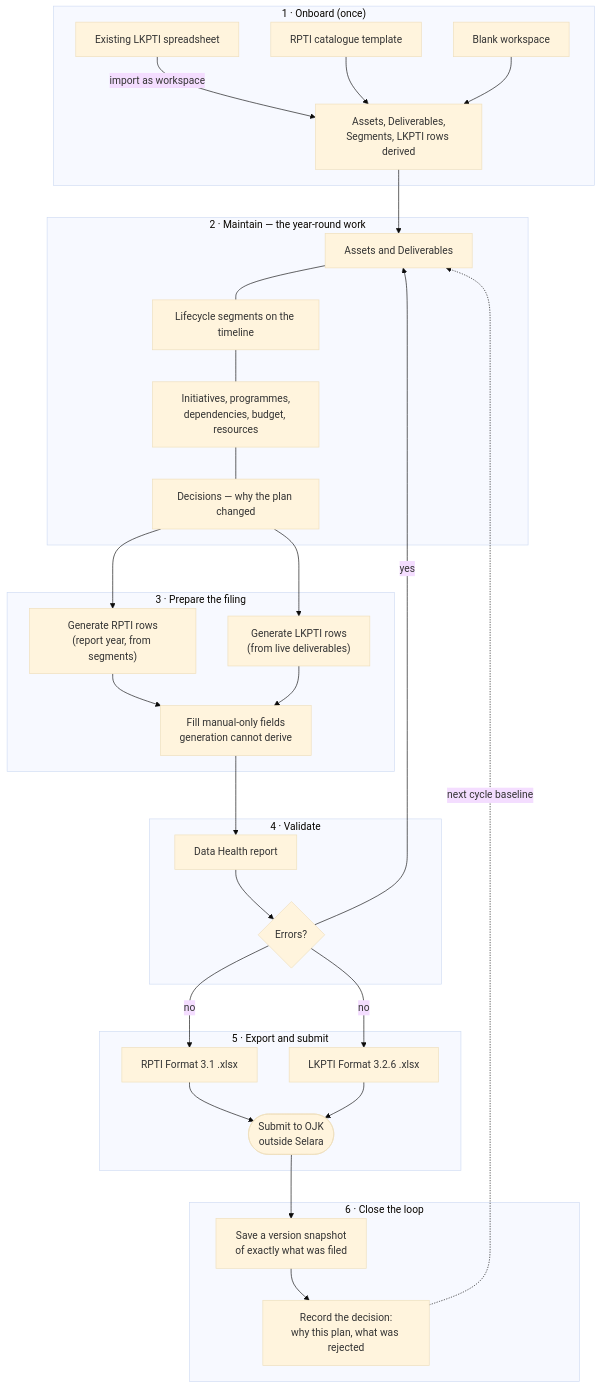
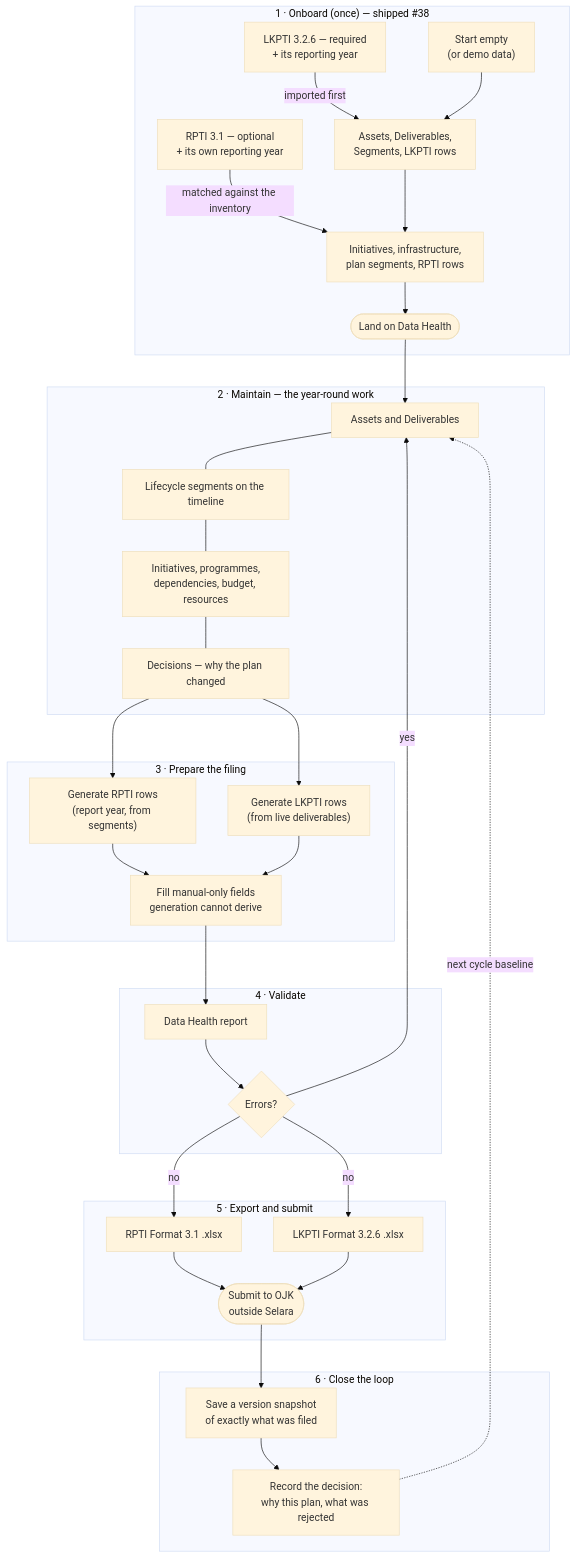
The first of 2 diagrams in requirement-specs/it-planning-flow.md (nofanto/Selara), drawn with Mermaid (base theme) before and after one commit. The commit also changed other lines of this file, not shown here.

First line of the commit message:
docs: reconcile the IT planning flow notes with the code that shipped (#46)

````diff
--- a/requirement-specs/it-planning-flow.md
+++ b/requirement-specs/it-planning-flow.md
@@ -30,54 +35,56 @@
 ```mermaid
 flowchart TD
-    subgraph ONBOARD["1 · Onboard (once)"]
-        A1[Existing LKPTI spreadsheet] -->|import as workspace| A2[Assets, Deliverables,<br/>Segments, LKPTI rows derived]
-        A3[RPTI catalogue template] --> A2
-        A4[Blank workspace] --> A2
+    subgraph ONBOARD["1 · Onboard (once) — shipped #38"]
+        A1["LKPTI 3.2.6 — required<br/>+ its reporting year"] -->|imported first| A2["Assets, Deliverables,<br/>Segments, LKPTI rows"]
+        A5["RPTI 3.1 — optional<br/>+ its own reporting year"] -->|matched against the inventory| A6["Initiatives, infrastructure,<br/>plan segments, RPTI rows"]
+        A2 --> A6
+        A4["Start empty<br/>(or demo data)"] --> A2
+        A6 --> A7([Land on Data Health])
     end
 
     subgraph MAINTAIN["2 · Maintain — the year-round work"]
         B1[Assets and Deliverables]
         B2[Lifecycle segments on the timeline]
         B3[Initiatives, programmes,<br/>dependencies, budget, resources]
         B4[Decisions — why the plan changed]
         B1 --- B2 --- B3 --- B4
     end
 
     subgraph PREPARE["3 · Prepare the filing"]
         C1["Generate RPTI rows<br/>(report year, from segments)"]
         C2["Generate LKPTI rows<br/>(from live deliverables)"]
         C3[Fill manual-only fields<br/>generation cannot derive]
         C1 --> C3
         C2 --> C3
     end
 
     subgraph CHECK["4 · Validate"]
         D1[Data Health report]
         D2{Errors?}
         D1 --> D2
     end
 
     subgraph FILE["5 · Export and submit"]
         E1[RPTI Format 3.1 .xlsx]
         E2[LKPTI Format 3.2.6 .xlsx]
         E3([Submit to OJK<br/>outside Selara])
         E1 --> E3
         E2 --> E3
     end
 
     subgraph CLOSE["6 · Close the loop"]
         F1[Save a version snapshot<br/>of exactly what was filed]
         F2[Record the decision:<br/>why this plan, what was rejected]
         F1 --> F2
     end
 
-    A2 --> B1
+    A7 --> B1
     B4 --> C1
     B4 --> C2
     C3 --> D1
     D2 -->|yes| B1
     D2 -->|no| E1
     D2 -->|no| E2
     E3 --> F1
     F2 -.->|next cycle baseline| B1
 ```
````
